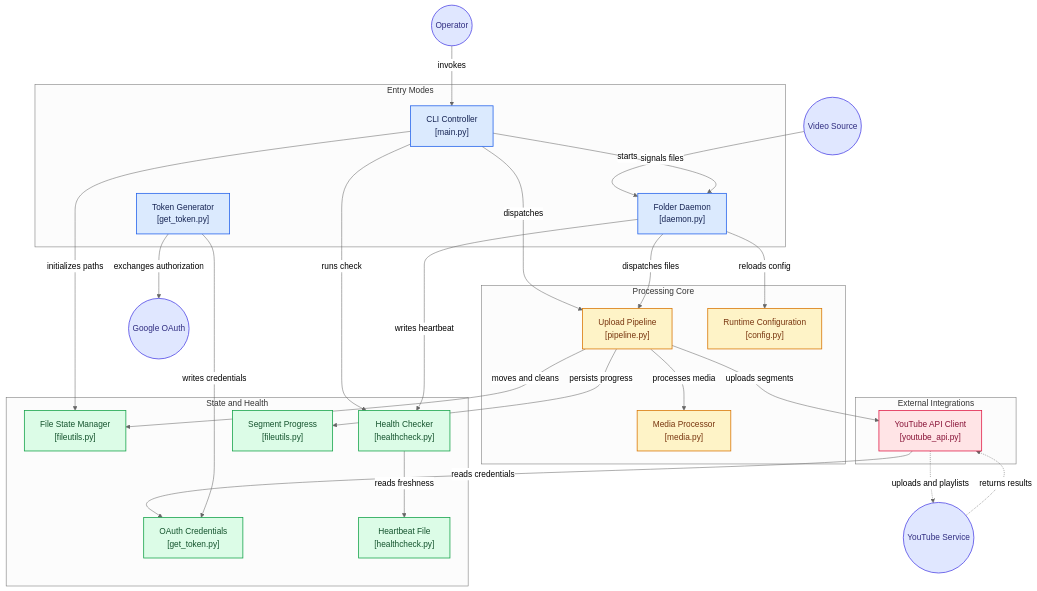
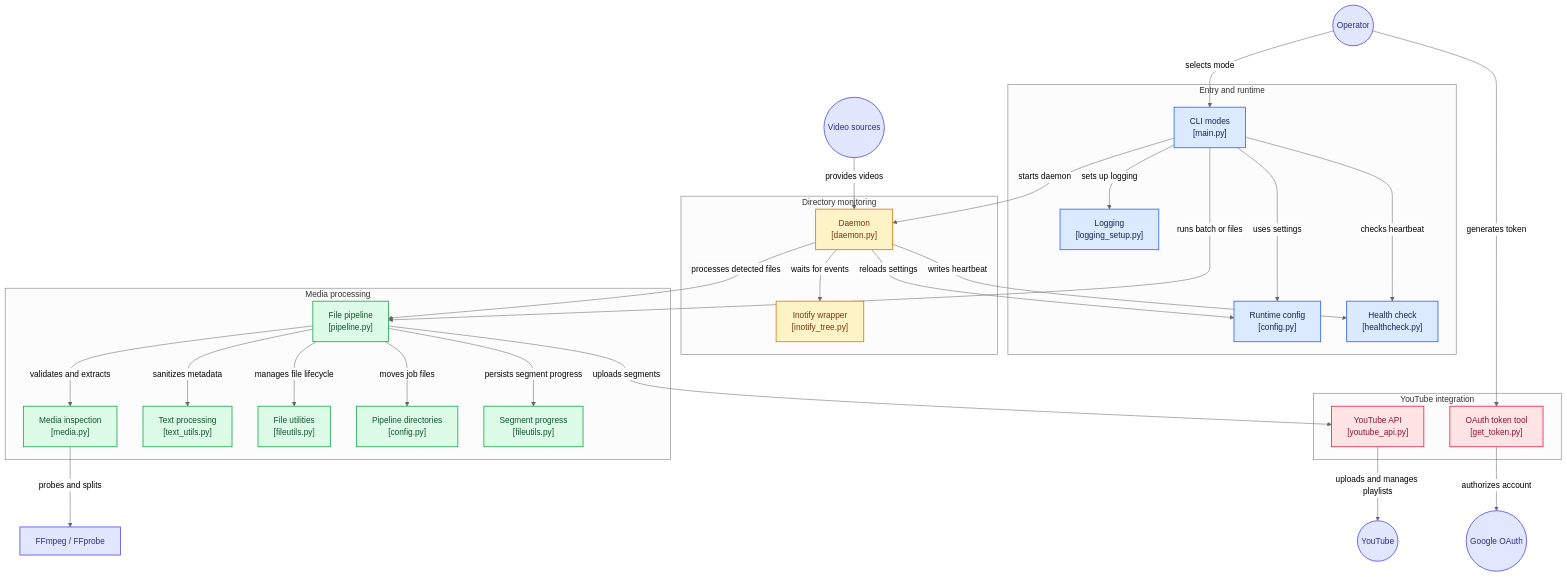
Before and after one commit to chaos7x/yt-upload: the diagram in ARCHITECTURE.md, drawn with Mermaid (neutral theme).

Commit message:
Update mermaid (#127)

````diff
--- a/ARCHITECTURE.md
+++ b/ARCHITECTURE.md
@@ -7,67 +7,75 @@
 ```mermaid
+%% Generated by https://gitdiagram.com/chaos7x/yt-upload
 flowchart TD
 
-subgraph group_entry["Entry Modes"]
-  node_cli["CLI Controller<br/>[main.py]"]
-  node_daemon["Folder Daemon<br/>[daemon.py]"]
-  node_token_cli["Token Generator<br/>[get_token.py]"]
+subgraph group_entry["Entry and runtime"]
+  node_main["CLI modes<br/>[main.py]"]
+  node_config["Runtime config<br/>[config.py]"]
+  node_logging["Logging<br/>[logging_setup.py]"]
+  node_health["Health check<br/>[healthcheck.py]"]
 end
 
-subgraph group_processing["Processing Core"]
-  node_pipeline["Upload Pipeline<br/>[pipeline.py]"]
-  node_media["Media Processor<br/>[media.py]"]
-  node_config["Runtime Configuration<br/>[config.py]"]
+subgraph group_watch["Directory monitoring"]
+  node_daemon["Daemon<br/>[daemon.py]"]
+  node_inotify["Inotify wrapper<br/>[inotify_tree.py]"]
 end
 
-subgraph group_state["State and Health"]
-  node_fileutils["File State Manager<br/>[fileutils.py]"]
-  node_healthcheck["Health Checker<br/>[healthcheck.py]"]
-  node_progress["Segment Progress<br/>[fileutils.py]"]
-  node_credentials["OAuth Credentials<br/>[get_token.py]"]
-  node_heartbeat["Heartbeat File<br/>[healthcheck.py]"]
+subgraph group_process["Media processing"]
+  node_pipeline["File pipeline<br/>[pipeline.py]"]
+  node_media["Media inspection<br/>[media.py]"]
+  node_text["Text processing<br/>[text_utils.py]"]
+  node_fileutils["File utilities<br/>[fileutils.py]"]
+  node_file_state["Pipeline directories<br/>[config.py]"]
+  node_progress["Segment progress<br/>[fileutils.py]"]
 end
 
-subgraph group_integrations["External Integrations"]
-  node_youtube["YouTube API Client<br/>[youtube_api.py]"]
+subgraph group_upload["YouTube integration"]
+  node_youtube_api["YouTube API<br/>[youtube_api.py]"]
+  node_oauth_tool["OAuth token tool<br/>[get_token.py]"]
 end
 
-node_user(("Operator"))
-node_video_source(("Video Source"))
-node_google_api(("YouTube Service"))
-node_google_oauth(("Google OAuth"))
+node_operator(("Operator"))
+node_video_sources(("Video sources"))
+node_ffmpeg["FFmpeg / FFprobe"]
+node_youtube(("YouTube"))
+node_oauth_provider(("Google OAuth"))
 
-node_user -->|"invokes"| node_cli
-node_video_source -->|"signals files"| node_daemon
-node_cli -->|"starts"| node_daemon
-node_cli -->|"dispatches"| node_pipeline
-node_cli -->|"initializes paths"| node_fileutils
-node_cli -->|"runs check"| node_healthcheck
-node_daemon -->|"dispatches files"| node_pipeline
-node_daemon -->|"reloads config"| node_config
-node_daemon -->|"writes heartbeat"| node_healthcheck
-node_pipeline -->|"processes media"| node_media
-node_pipeline -->|"moves and cleans"| node_fileutils
-node_pipeline -->|"uploads segments"| node_youtube
-node_pipeline -->|"persists progress"| node_progress
-node_youtube -->|"reads credentials"| node_credentials
-node_youtube -.->|"uploads and playlists"| node_google_api
-node_google_api -.->|"returns results"| node_youtube
-node_token_cli -->|"exchanges authorization"| node_google_oauth
-node_token_cli -->|"writes credentials"| node_credentials
-node_healthcheck -->|"reads freshness"| node_heartbeat
+node_operator -->|"selects mode"| node_main
+node_video_sources -->|"provides videos"| node_daemon
+node_main -->|"starts daemon"| node_daemon
+node_main -->|"runs batch or files"| node_pipeline
+node_main -->|"checks heartbeat"| node_health
+node_daemon -->|"waits for events"| node_inotify
+node_daemon -->|"processes detected files"| node_pipeline
+node_daemon -->|"writes heartbeat"| node_health
+node_main -->|"uses settings"| node_config
+node_main -->|"sets up logging"| node_logging
+node_daemon -->|"reloads settings"| node_config
+node_pipeline -->|"validates and extracts"| node_media
+node_pipeline -->|"sanitizes metadata"| node_text
+node_pipeline -->|"uploads segments"| node_youtube_api
+node_pipeline -->|"manages file lifecycle"| node_fileutils
+node_pipeline -->|"moves job files"| node_file_state
+node_pipeline -->|"persists segment progress"| node_progress
+node_media -->|"probes and splits"| node_ffmpeg
+node_youtube_api -->|"uploads and manages playlists"| node_youtube
+node_operator -->|"generates token"| node_oauth_tool
+node_oauth_tool -->|"authorizes account"| node_oauth_provider
 
-click node_cli "https://github.com/chaos7x/yt-upload/blob/main/src/yt_upload/main.py"
+click node_main "https://github.com/chaos7x/yt-upload/blob/main/src/yt_upload/main.py"
+click node_config "https://github.com/chaos7x/yt-upload/blob/main/src/yt_upload/config.py"
+click node_logging "https://github.com/chaos7x/yt-upload/blob/main/src/yt_upload/logging_setup.py"
+click node_health "https://github.com/chaos7x/yt-upload/blob/main/src/yt_upload/healthcheck.py"
 click node_daemon "https://github.com/chaos7x/yt-upload/blob/main/src/yt_upload/daemon.py"
-click node_token_cli "https://github.com/chaos7x/yt-upload/blob/main/src/get_token/get_token.py"
+click node_inotify "https://github.com/chaos7x/yt-upload/blob/main/src/yt_upload/inotify_tree.py"
 click node_pipeline "https://github.com/chaos7x/yt-upload/blob/main/src/yt_upload/pipeline.py"
 click node_media "https://github.com/chaos7x/yt-upload/blob/main/src/yt_upload/media.py"
-click node_config "https://github.com/chaos7x/yt-upload/blob/main/src/yt_upload/config.py"
-click node_youtube "https://github.com/chaos7x/yt-upload/blob/main/src/yt_upload/youtube_api.py"
+click node_text "https://github.com/chaos7x/yt-upload/blob/main/src/yt_upload/text_utils.py"
 click node_fileutils "https://github.com/chaos7x/yt-upload/blob/main/src/yt_upload/fileutils.py"
-click node_healthcheck "https://github.com/chaos7x/yt-upload/blob/main/src/yt_upload/healthcheck.py"
+click node_file_state "https://github.com/chaos7x/yt-upload/blob/main/src/yt_upload/config.py"
 click node_progress "https://github.com/chaos7x/yt-upload/blob/main/src/yt_upload/fileutils.py"
-click node_credentials "https://github.com/chaos7x/yt-upload/blob/main/src/get_token/get_token.py"
-click node_heartbeat "https://github.com/chaos7x/yt-upload/blob/main/src/yt_upload/healthcheck.py"
+click node_youtube_api "https://github.com/chaos7x/yt-upload/blob/main/src/yt_upload/youtube_api.py"
+click node_oauth_tool "https://github.com/chaos7x/yt-upload/blob/main/src/get_token/get_token.py"
 
 classDef toneNeutral fill:#f8fafc,stroke:#334155,stroke-width:1.5px,color:#0f172a
 classDef toneBlue fill:#dbeafe,stroke:#2563eb,stroke-width:1.5px,color:#172554
@@ -76,9 +84,9 @@
 classDef toneRose fill:#ffe4e6,stroke:#e11d48,stroke-width:1.5px,color:#881337
 classDef toneIndigo fill:#e0e7ff,stroke:#4f46e5,stroke-width:1.5px,color:#312e81
 classDef toneTeal fill:#ccfbf1,stroke:#0f766e,stroke-width:1.5px,color:#134e4a
-class node_cli,node_daemon,node_token_cli toneBlue
-class node_pipeline,node_media,node_config toneAmber
-class node_fileutils,node_healthcheck,node_progress,node_credentials,node_heartbeat toneMint
-class node_youtube toneRose
-class node_user,node_video_source,node_google_api,node_google_oauth toneIndigo
+class node_main,node_config,node_logging,node_health toneBlue
+class node_daemon,node_inotify toneAmber
+class node_pipeline,node_media,node_text,node_fileutils,node_file_state,node_progress toneMint
+class node_youtube_api,node_oauth_tool toneRose
+class node_operator,node_video_sources,node_ffmpeg,node_youtube,node_oauth_provider toneIndigo
 ```
````
